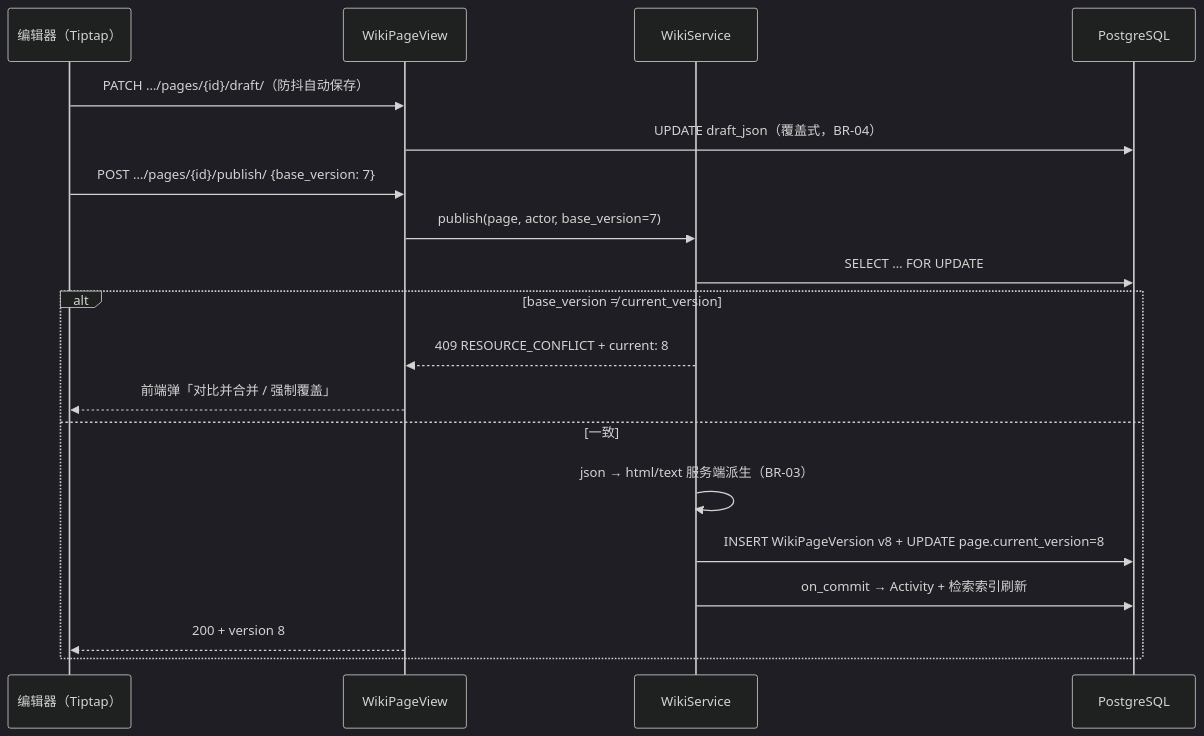
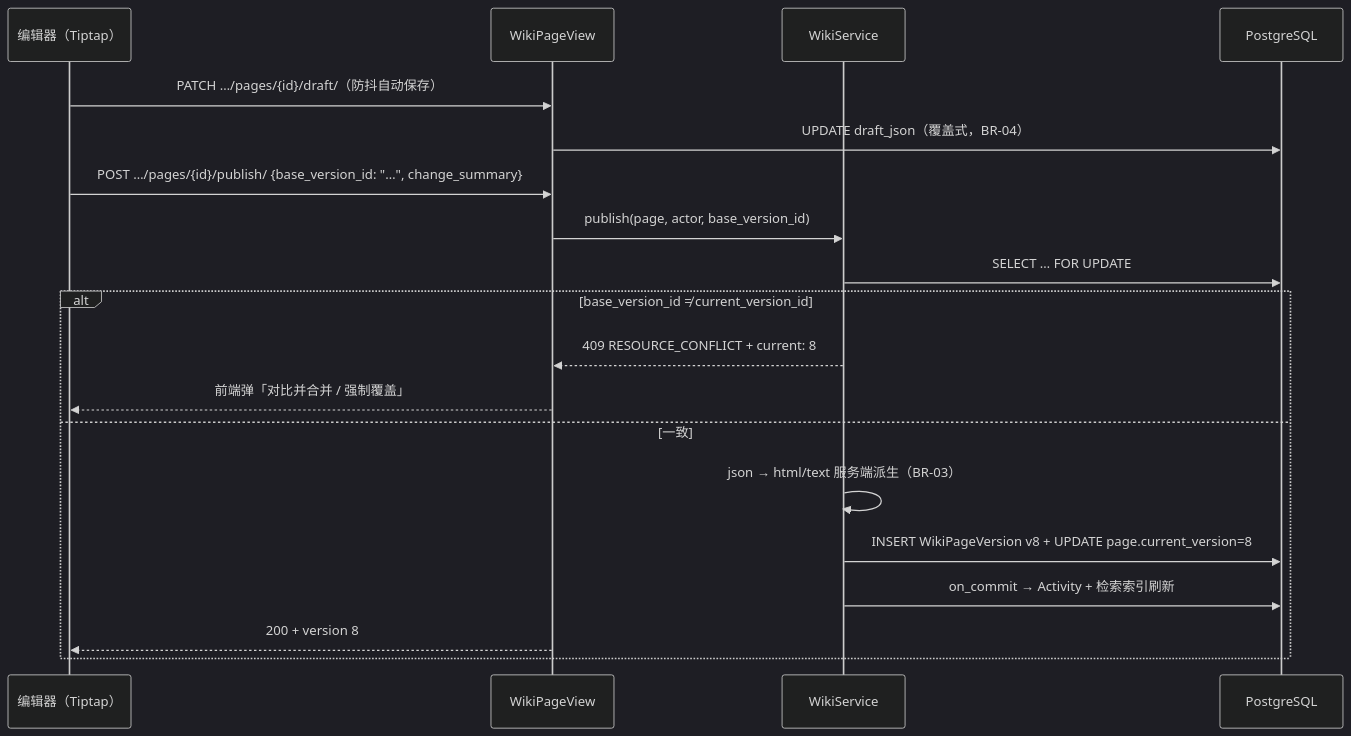
One commit to RabbitAI-Lab/RabbitProjects changed the second of 3 diagrams in docs/sprint-9-enterprise-portfolio/FILE-005-wiki.md. Above: the diagram before and after it, drawn with Mermaid (dark theme). The commit also changed other lines of this file and 13 other files, not shown here.

````diff
--- a/docs/sprint-9-enterprise-portfolio/FILE-005-wiki.md
+++ b/docs/sprint-9-enterprise-portfolio/FILE-005-wiki.md
@@ -120,21 +122,21 @@
 ```mermaid
 sequenceDiagram
     participant FE as 编辑器（Tiptap）
     participant API as WikiPageView
     participant SVC as WikiService
     participant DB as PostgreSQL
     FE->>API: PATCH …/pages/{id}/draft/（防抖自动保存）
     API->>DB: UPDATE draft_json（覆盖式，BR-04）
-    FE->>API: POST …/pages/{id}/publish/ {base_version: 7}
-    API->>SVC: publish(page, actor, base_version=7)
+    FE->>API: POST …/pages/{id}/publish/ {base_version_id: "…", change_summary}
+    API->>SVC: publish(page, actor, base_version_id)
     SVC->>DB: SELECT … FOR UPDATE
-    alt base_version ≠ current_version
+    alt base_version_id ≠ current_version_id
         SVC-->>API: 409 RESOURCE_CONFLICT + current: 8
         API-->>FE: 前端弹「对比并合并 / 强制覆盖」
     else 一致
         SVC->>SVC: json → html/text 服务端派生（BR-03）
         SVC->>DB: INSERT WikiPageVersion v8 + UPDATE page.current_version=8
         SVC->>DB: on_commit → Activity + 检索索引刷新
         API-->>FE: 200 + version 8
     end
 ```
````
